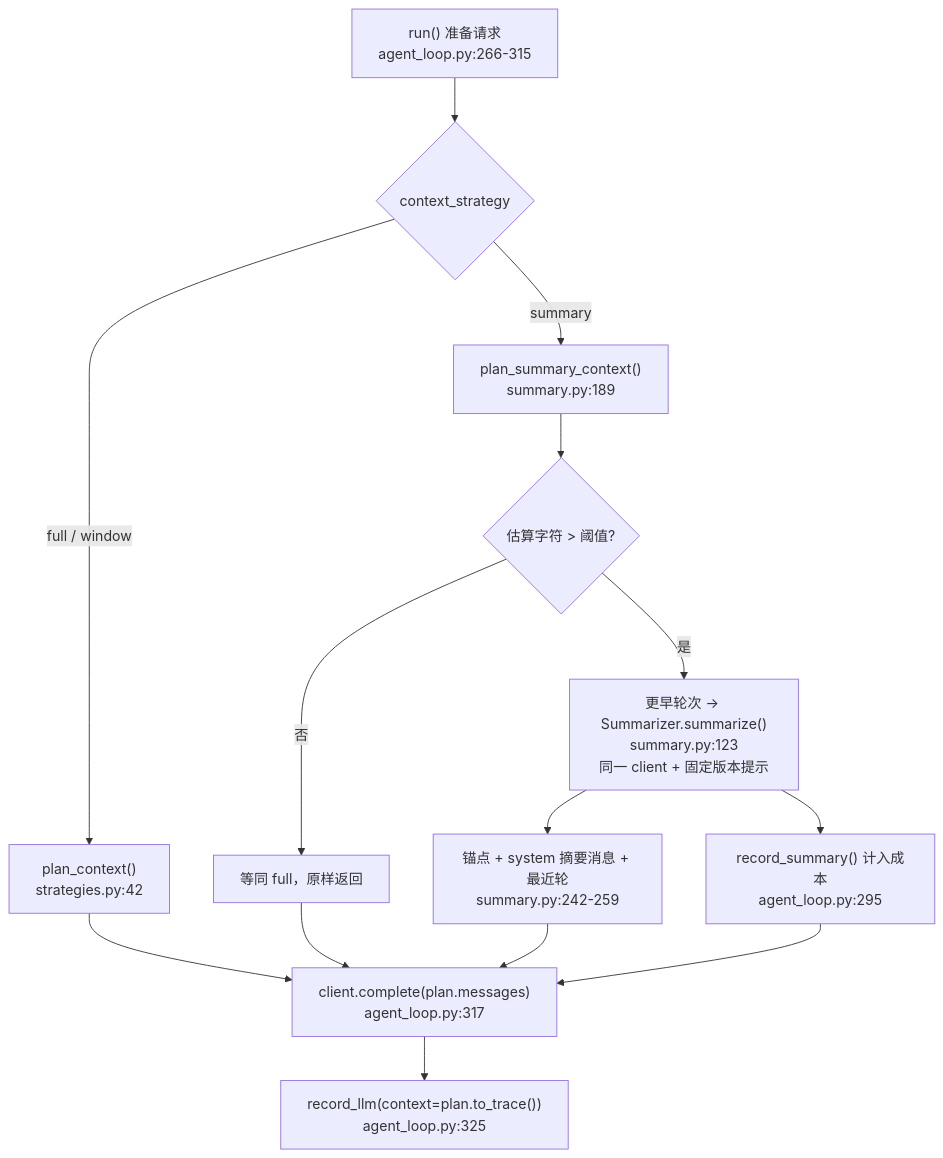
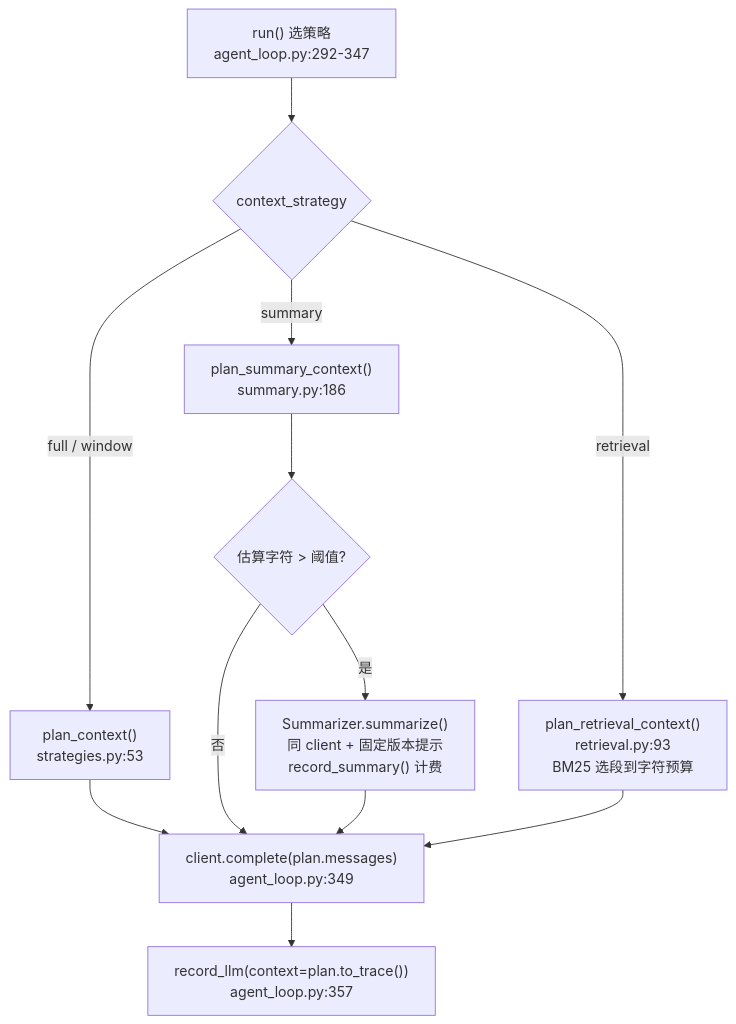
Before and after one commit to carder-coder/ai-agent: the seventh of 7 diagrams in docs/design/code-execution-flow.md, drawn with Mermaid. The commit also changed other lines of this file and 5 other files, not shown here.

First line of the commit message:
docs: complete week-two context lab record

````diff
--- a/docs/design/code-execution-flow.md
+++ b/docs/design/code-execution-flow.md
@@ -456,16 +456,14 @@
 ```mermaid
 flowchart TD
-    A["run() 准备请求<br/>agent_loop.py:266-315"] --> B{"context_strategy"}
-    B -- "full / window" --> C["plan_context()<br/>strategies.py:42"]
-    B -- "summary" --> D["plan_summary_context()<br/>summary.py:189"]
+    A["run() 选策略<br/>agent_loop.py:292-347"] --> B{"context_strategy"}
+    B -- "full / window" --> C["plan_context()<br/>strategies.py:53"]
+    B -- "summary" --> D["plan_summary_context()<br/>summary.py:186"]
     D --> E{"估算字符 > 阈值?"}
-    E -- "否" --> F["等同 full，原样返回"]
-    E -- "是" --> G["更早轮次 → Summarizer.summarize()<br/>summary.py:123<br/>同一 client + 固定版本提示"]
-    G --> H["锚点 + system 摘要消息 + 最近轮<br/>summary.py:242-259"]
-    G --> I["record_summary() 计入成本<br/>agent_loop.py:295"]
-    C --> J["client.complete(plan.messages)<br/>agent_loop.py:317"]
-    F --> J
-    H --> J
-    I --> J
-    J --> K["record_llm(context=plan.to_trace())<br/>agent_loop.py:325"]
+    E -- "否" --> H
+    E -- "是" --> F["Summarizer.summarize()<br/>同 client + 固定版本提示<br/>record_summary() 计费"]
+    B -- "retrieval" --> G["plan_retrieval_context()<br/>retrieval.py:93<br/>BM25 选段到字符预算"]
+    C --> H["client.complete(plan.messages)<br/>agent_loop.py:349"]
+    F --> H
+    G --> H
+    H --> I["record_llm(context=plan.to_trace())<br/>agent_loop.py:357"]
 ```
````
